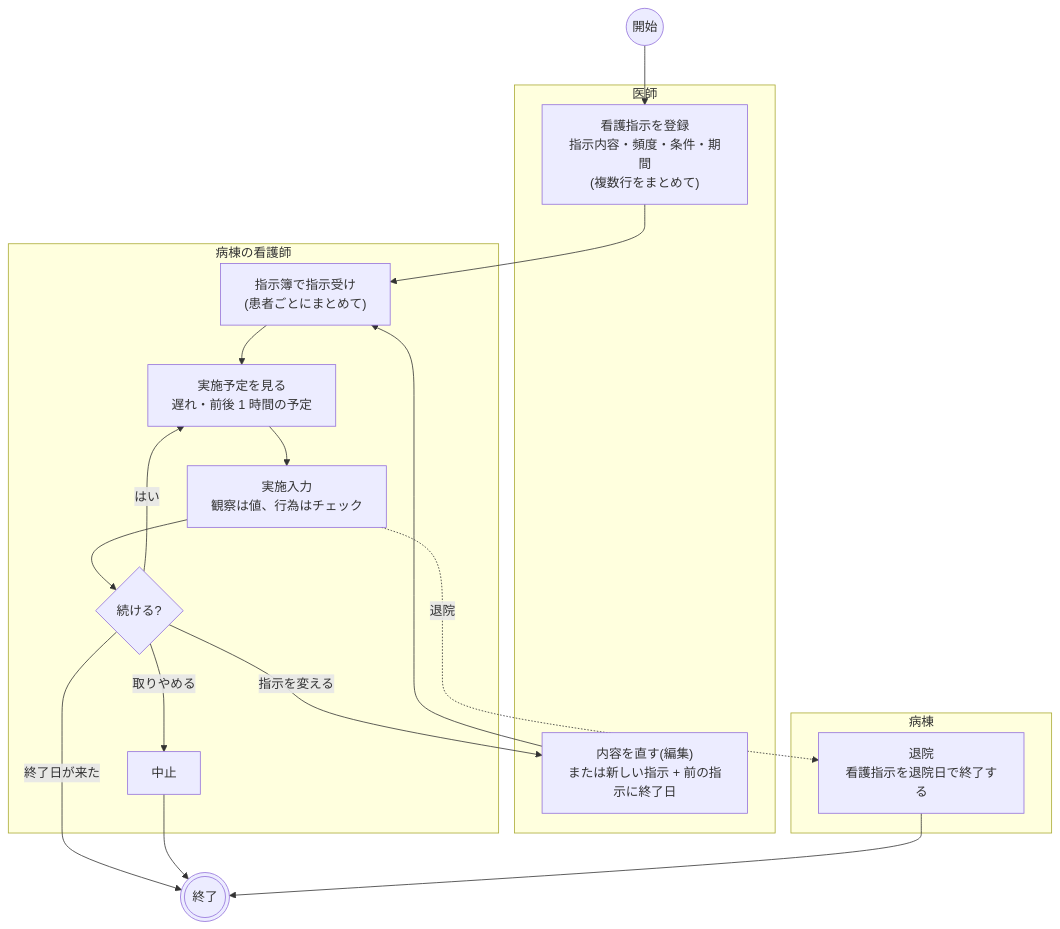
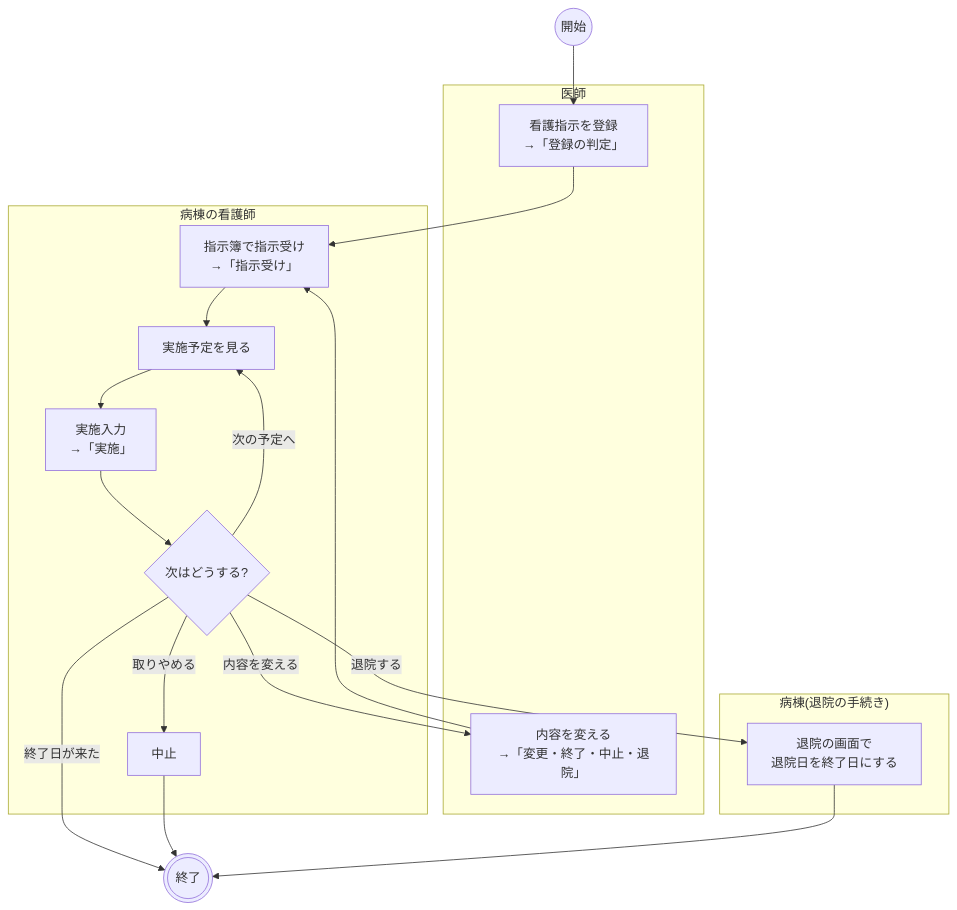
One commit to ysnr-dev/fhir-client-docs changed the first of 5 diagrams in docs/flows/nursing.md. Above: the diagram before and after it, drawn with Mermaid. The commit also changed other lines of this file and 43 other files, not shown here.

Commit message:
docs: 業務フローとシーケンス図を写し直し

````diff
--- a/docs/flows/nursing.md
+++ b/docs/flows/nursing.md
@@ -52,29 +12,29 @@
 ```mermaid
 flowchart TD
   start(("開始"))
   finish((("終了")))
 
   subgraph doctor["医師"]
-    order["看護指示を登録<br/>指示内容・頻度・条件・期間<br/>(複数行をまとめて)"]
-    change["内容を直す(編集)<br/>または新しい指示 + 前の指示に終了日"]
+    order["看護指示を登録<br/>→「登録の判定」"]
+    change["内容を変える<br/>→「変更・終了・中止・退院」"]
   end
 
   subgraph nurse["病棟の看護師"]
-    accept["指示簿で指示受け<br/>(患者ごとにまとめて)"]
-    due["実施予定を見る<br/>遅れ・前後 1 時間の予定"]
-    perform["実施入力<br/>観察は値、行為はチェック"]
-    more{"続ける?"}
+    accept["指示簿で指示受け<br/>→「指示受け」"]
+    due["実施予定を見る"]
+    perform["実施入力<br/>→「実施」"]
+    next{"次はどうする?"}
     revoke["中止"]
   end
 
-  subgraph ward["病棟"]
-    discharge["退院<br/>看護指示を退院日で終了する"]
+  subgraph ward["病棟(退院の手続き)"]
+    discharge["退院の画面で<br/>退院日を終了日にする"]
   end
 
-  start --> order --> accept --> due --> perform --> more
-  more -- "はい" --> due
-  more -- "指示を変える" --> change --> accept
-  more -- "終了日が来た" --> finish
-  more -- "取りやめる" --> revoke --> finish
-  perform -. "退院" .-> discharge --> finish
+  start --> order --> accept --> due --> perform --> next
+  next -- "次の予定へ" --> due
+  next -- "内容を変える" --> change --> accept
+  next -- "終了日が来た" --> finish
+  next -- "取りやめる" --> revoke --> finish
+  next -- "退院する" --> discharge --> finish
 ```
````
